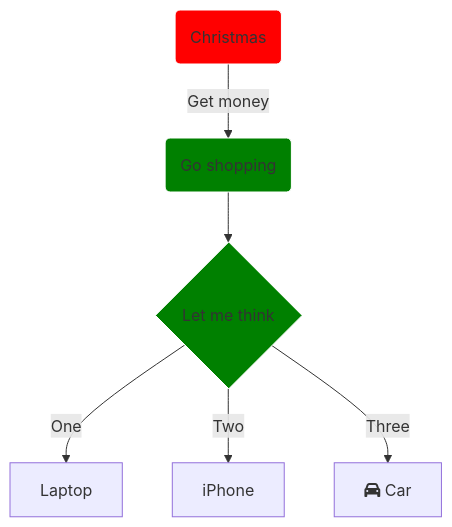
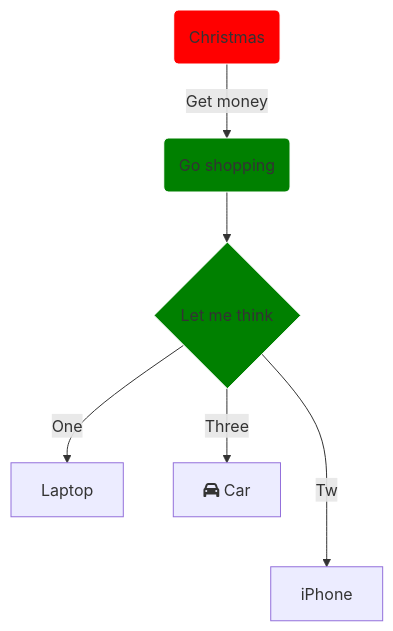
Before and after one commit to singhanmolpreet/mermaid: the second of 3 diagrams in README.md, drawn with Mermaid.

````diff
--- a/README.md
+++ b/README.md
@@ -12,11 +12,11 @@
 ```mermaid
 flowchart TD
     A(Christmas)-- Get money -->B(Go shopping)
     B --> C{Let me think}
-    C -->|One| D[Laptop] 
-    C -->|Two| E[iPhone]
-    C -->|Three| F[fa:fa-car Car]
+    C --One --> D[Laptop] 
+    C --Two-->E[iPhone]
+    C --Three--> F[fa:fa-car Car]
     style A fill:red,stroke:white
     style B fill:green,stroke:white
     style C fill:green,stroke:white
 ```
````
